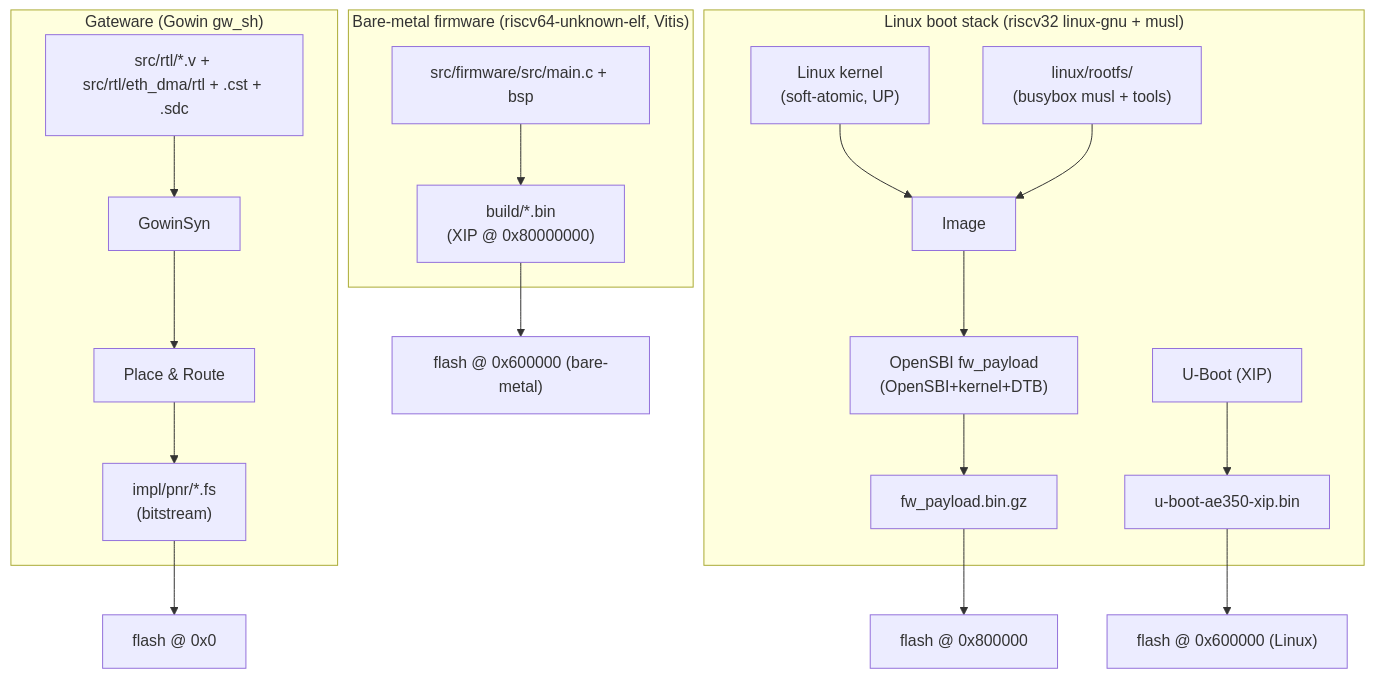
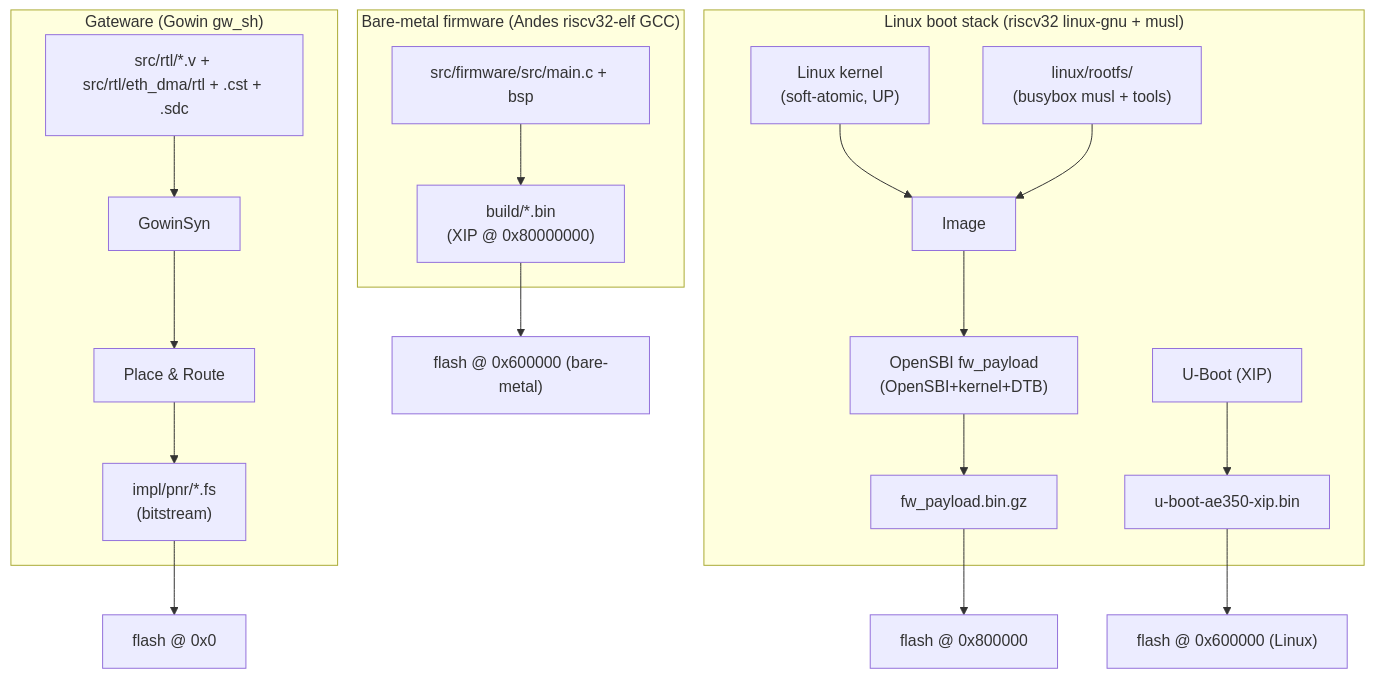
Before and after one commit to phoenix367/tang-mega-138K-Pro-demo: the diagram in doc/02-build.md, drawn with Mermaid. The commit also changed other lines of this file and 16 other files, not shown here.

````diff
--- a/doc/02-build.md
+++ b/doc/02-build.md
@@ -6,20 +6,20 @@
 ```mermaid
 flowchart TD
   subgraph GW["Gateware (Gowin gw_sh)"]
     SRC["src/rtl/*.v + src/rtl/eth_dma/rtl + .cst + .sdc"] --> SYN["GowinSyn"] --> PNR["Place & Route"] --> FS["impl/pnr/*.fs<br/>(bitstream)"]
   end
-  subgraph FW["Bare-metal firmware (riscv64-unknown-elf, Vitis)"]
+  subgraph FW["Bare-metal firmware (Andes riscv32-elf GCC)"]
     FWSRC["src/firmware/src/main.c + bsp"] --> FWBIN["build/*.bin<br/>(XIP @ 0x80000000)"]
   end
   subgraph BOOTSTACK["Linux boot stack (riscv32 linux-gnu + musl)"]
     UB["U-Boot (XIP)"] --> UBIMG["u-boot-ae350-xip.bin"]
     KERN["Linux kernel<br/>(soft-atomic, UP)"] --> IMG["Image"]
     ROOTFS["linux/rootfs/<br/>(busybox musl + tools)"] --> IMG
     IMG --> PAY["OpenSBI fw_payload<br/>(OpenSBI+kernel+DTB)"]
     PAY --> GZ["fw_payload.bin.gz"]
   end
   FS --> FLASH["flash @ 0x0"]
   FWBIN --> FLASH2["flash @ 0x600000 (bare-metal)"]
   UBIMG --> FLASH3["flash @ 0x600000 (Linux)"]
   GZ --> FLASH4["flash @ 0x800000"]
 ```
````
